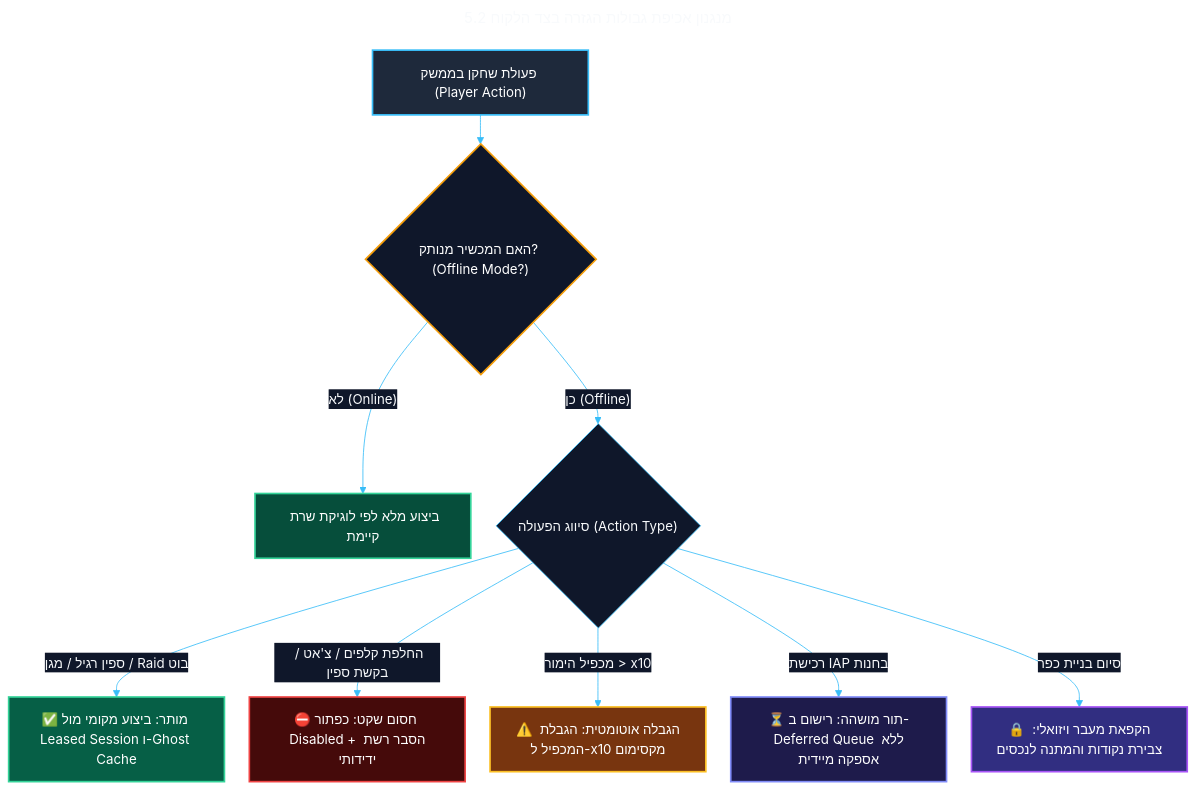
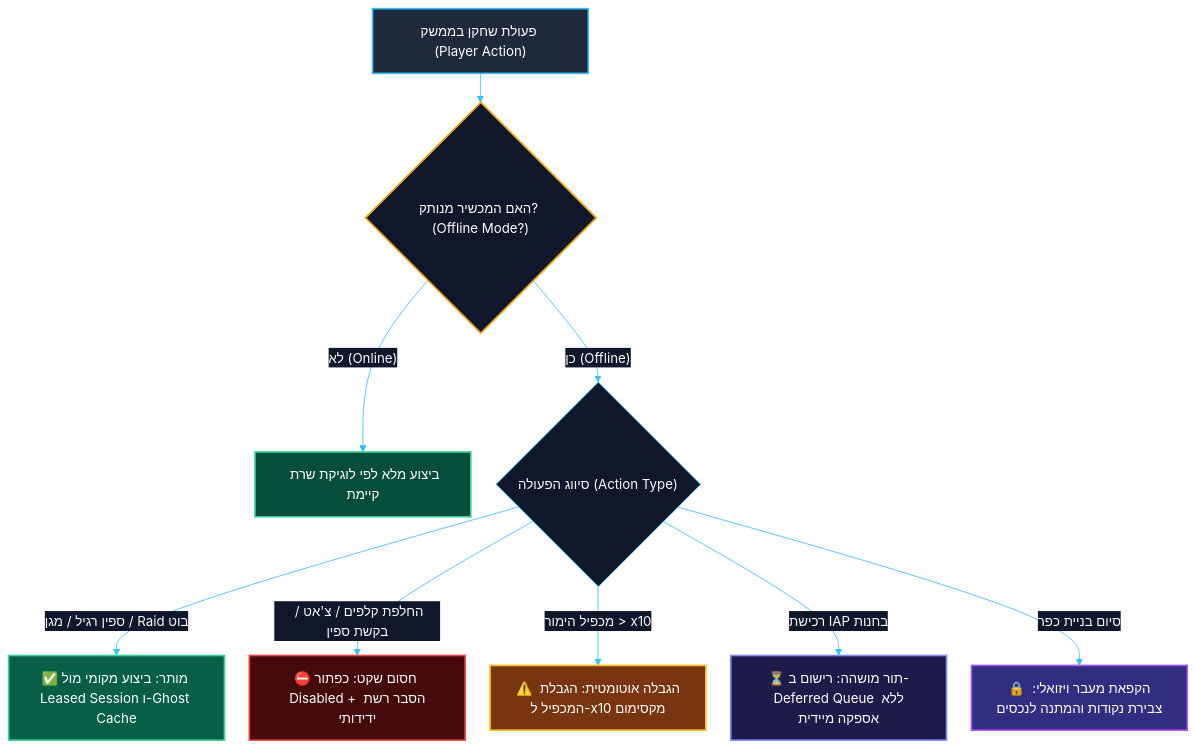
One commit to Yuvalalex/MOON-ACTIVE-MUNI-SPINE changed the diagram in prd_final_v5_CEO_chapters/05 - גבולות גזרה קשיחים - מה אנחנו במכוון לא עושים (Explicit Non-Goals & Scope Boundaries).md. Above: the diagram before and after it, drawn with Mermaid. The commit also changed 16 other files, not shown here.

Commit message:
docs: fix mermaid blocks in PRD docs

````diff
--- a/prd_final_v5_CEO_chapters/05 - גבולות גזרה קשיחים - מה אנחנו במכוון לא עושים (Explicit Non-Goals & Scope Boundaries).md
+++ b/prd_final_v5_CEO_chapters/05 - גבולות גזרה קשיחים - מה אנחנו במכוון לא עושים (Explicit Non-Goals & Scope Boundaries).md
@@ -35,46 +35,43 @@
 ```mermaid
----
-title: "5.2 מנגנון אכיפת גבולות הגזרה בצד הלקוח"
----
 %%{init: {
   "theme": "base",
   "themeVariables": {
     "fontFamily": "Segoe UI, Assistant, sans-serif",
     "fontSize": "16px",
     "primaryColor": "#0f172a",
     "primaryTextColor": "#f8fafc",
     "primaryBorderColor": "#38bdf8",
     "lineColor": "#38bdf8",
     "secondaryColor": "#1e293b",
     "tertiaryColor": "#1e293b",
     "edgeLabelBackground": "#0f172a",
     "nodeBorder": "#38bdf8",
     "clusterBkg": "#0b1120",
     "clusterBorder": "#38bdf8"
   },
   "flowchart": { "curve": "basis", "nodeSpacing": 30, "rankSpacing": 35, "padding": 15 },
   "sequence": { "actorMargin": 30, "messageMargin": 30 },
   "state": { "nodeSpacing": 30, "rankSpacing": 35, "titleTopMargin": 15 }
 }}%%
 flowchart TD
     Action["פעולת שחקן בממשק (Player Action)"] --> Check{"האם המכשיר מנותק? (Offline Mode?)"}
     
     Check -- "לא (Online)" --> Allowed["ביצוע מלא לפי לוגיקת שרת קיימת"]
     
     Check -- "כן (Offline)" --> TypeCheck{"סיווג הפעולה (Action Type)"}
     
     TypeCheck -- "ספין רגיל / מגן / Raid בוט" --> Permitted["✅ מותר: ביצוע מקומי מול Leased Session ו-Ghost Cache"]
     TypeCheck -- "החלפת קלפים / צ'אט / בקשת ספין" --> Block1["⛔ חסום שקט: כפתור Disabled + הסבר רשת ידידותי"]
     TypeCheck -- "מכפיל הימור > x10" --> Clamp["⚠️ הגבלה אוטומטית: הגבלת המכפיל ל-x10 מקסימום"]
     TypeCheck -- "רכישת IAP בחנות" --> Queue["⏳ תור מושהה: רישום ב-Deferred Queue ללא אספקה מיידית"]
     TypeCheck -- "סיום בניית כפר" --> Freeze["🔒 הקפאת מעבר ויזואלי: צבירת נקודות והמתנה לנכסים"]
 
     style Action fill:#1e293b,stroke:#38bdf8,stroke-width:2px,color:#fff
     style Check fill:#0f172a,stroke:#f59e0b,stroke-width:2px,color:#fff
     style Allowed fill:#064e3b,stroke:#34d399,stroke-width:2px,color:#fff
     style Permitted fill:#065f46,stroke:#34d399,stroke-width:2px,color:#fff
     style Block1 fill:#450a0a,stroke:#ef4444,stroke-width:2px,color:#fff
     style Clamp fill:#78350f,stroke:#fbbf24,stroke-width:2px,color:#fff
     style Queue fill:#1e1b4b,stroke:#818cf8,stroke-width:2px,color:#fff
     style Freeze fill:#312e81,stroke:#a855f7,stroke-width:2px,color:#fff
 ```
````
